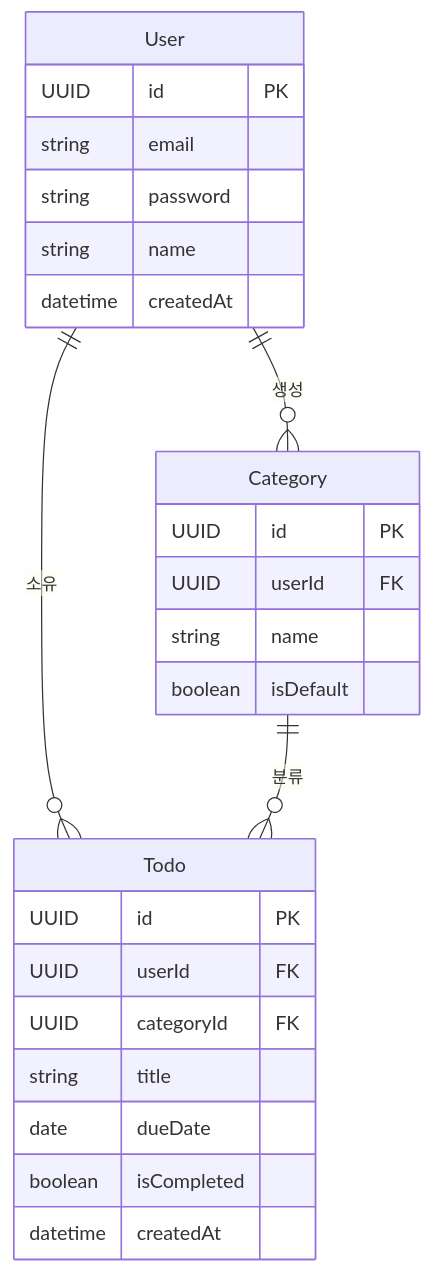
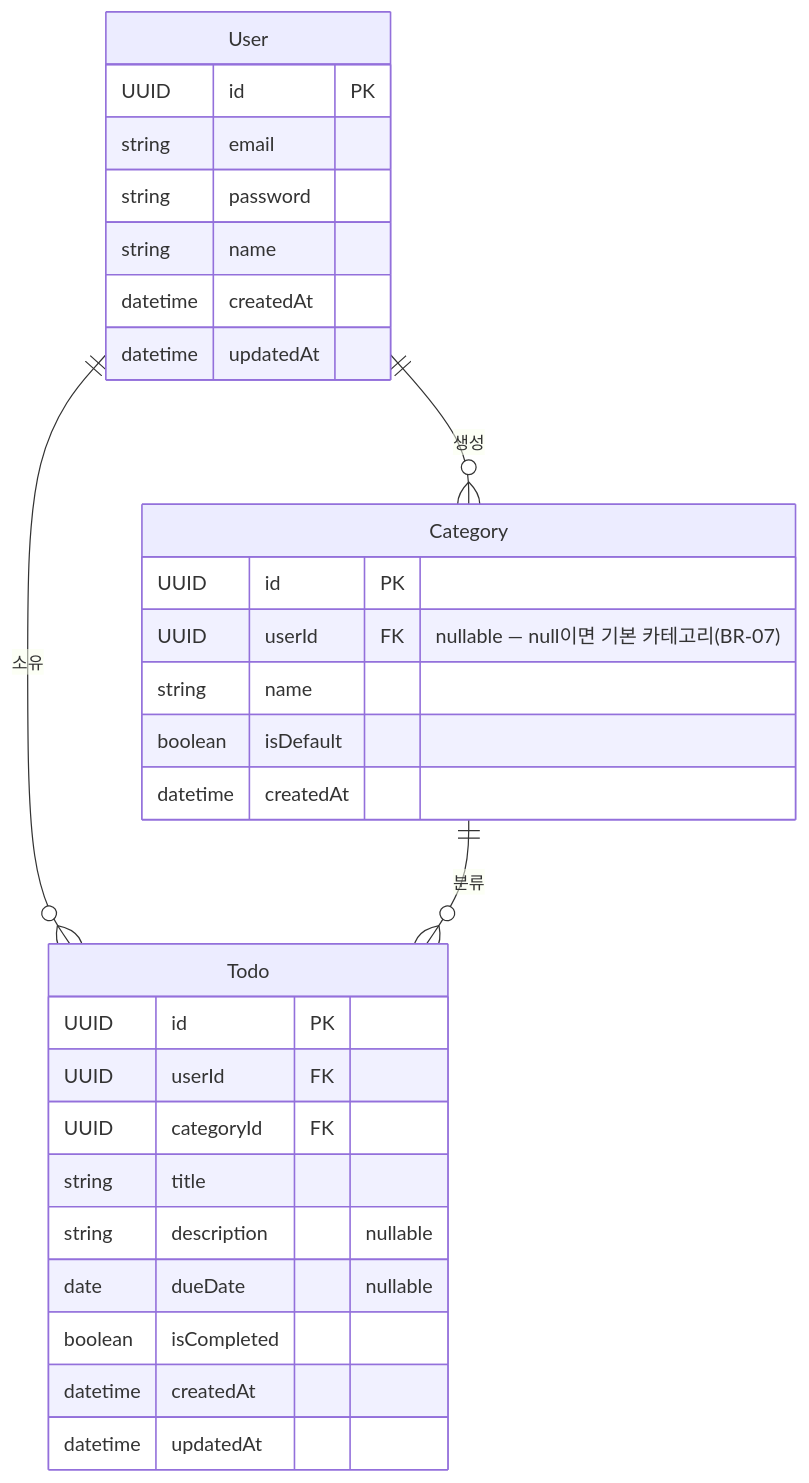
One commit to hommysimson-create/todolist-app changed the third of 4 diagrams in docs/5-arch-diagram.md. Above: the diagram before and after it, drawn with Mermaid. The commit also changed other lines of this file and 246 other files, not shown here.

````diff
--- a/docs/5-arch-diagram.md
+++ b/docs/5-arch-diagram.md
@@ -87,31 +88,35 @@
 ```mermaid
 erDiagram
     User {
         UUID id PK
         string email
         string password
         string name
         datetime createdAt
+        datetime updatedAt
     }
 
     Category {
         UUID id PK
-        UUID userId FK
+        UUID userId FK "nullable — null이면 기본 카테고리(BR-07)"
         string name
         boolean isDefault
+        datetime createdAt
     }
 
     Todo {
         UUID id PK
         UUID userId FK
         UUID categoryId FK
         string title
-        date dueDate
+        string description "nullable"
+        date dueDate "nullable"
         boolean isCompleted
         datetime createdAt
+        datetime updatedAt
     }
 
     User ||--o{ Todo : "소유"
     User ||--o{ Category : "생성"
     Category ||--o{ Todo : "분류"
 ```
````
